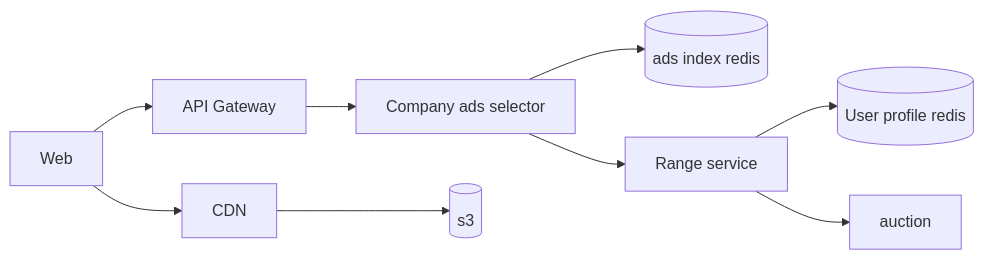
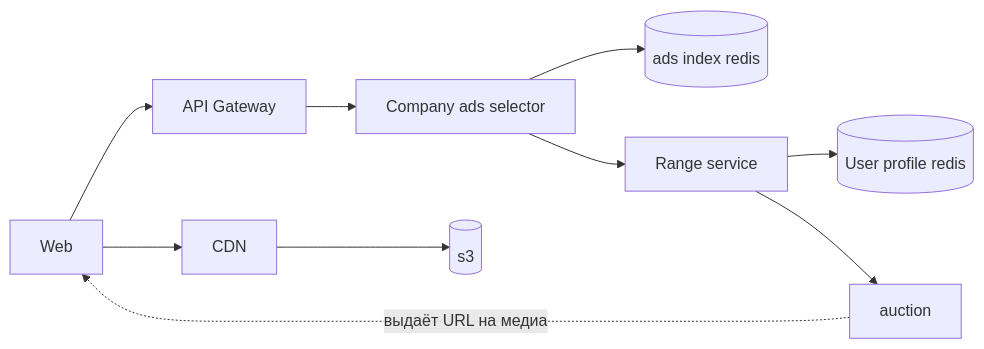
The third of 3 diagrams in hw_01/solution/README.md (alexeyminay/system-design-hw), drawn with Mermaid before and after one commit. The commit also changed other lines of this file, not shown here.

````diff
--- a/hw_01/solution/README.md
+++ b/hw_01/solution/README.md
@@ -84,12 +84,13 @@
 ```mermaid
   flowchart LR
    client[Web] --> api[API Gateway]
    api --> selector[Company ads selector]
    selector --> ads_redis[(ads index redis)]
    selector --> range[Range service]
    range --> up_redis[(User profile redis)]
    range --> auction
+   auction -. выдаёт URL на медиа .-> client
    
    client --> cdn[CDN]
    cdn --> s3[(s3)]
 ```
````
